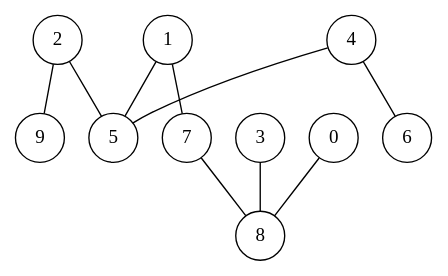
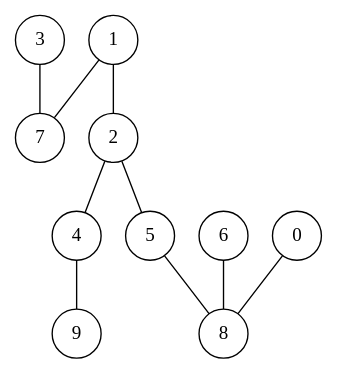
One commit to rafaelpeixoto7559/TI4-Games changed the diagram in Assets/grafo.dot. Above: the diagram before and after it, drawn with Graphviz. The commit also changed 21 other files, not shown here.

```diff
--- a/Assets/grafo.dot
+++ b/Assets/grafo.dot
@@ -1,12 +1,12 @@
 graph G {
     node [shape=circle];
-    2 -- 9;
+    3 -- 7;
+    1 -- 2;
+    2 -- 4;
+    4 -- 9;
     1 -- 7;
-    7 -- 8;
-    4 -- 5;
     2 -- 5;
-    1 -- 5;
-    3 -- 8;
-    4 -- 6;
+    6 -- 8;
     0 -- 8;
+    5 -- 8;
 }
```
